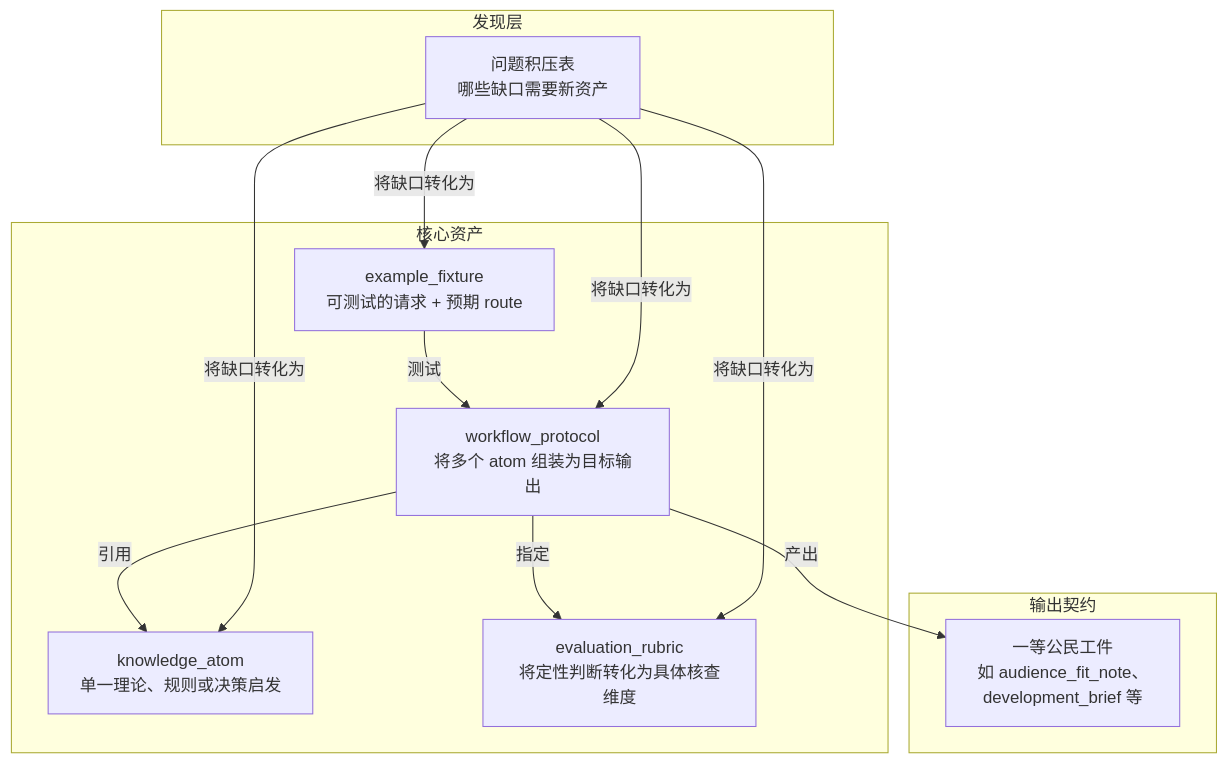
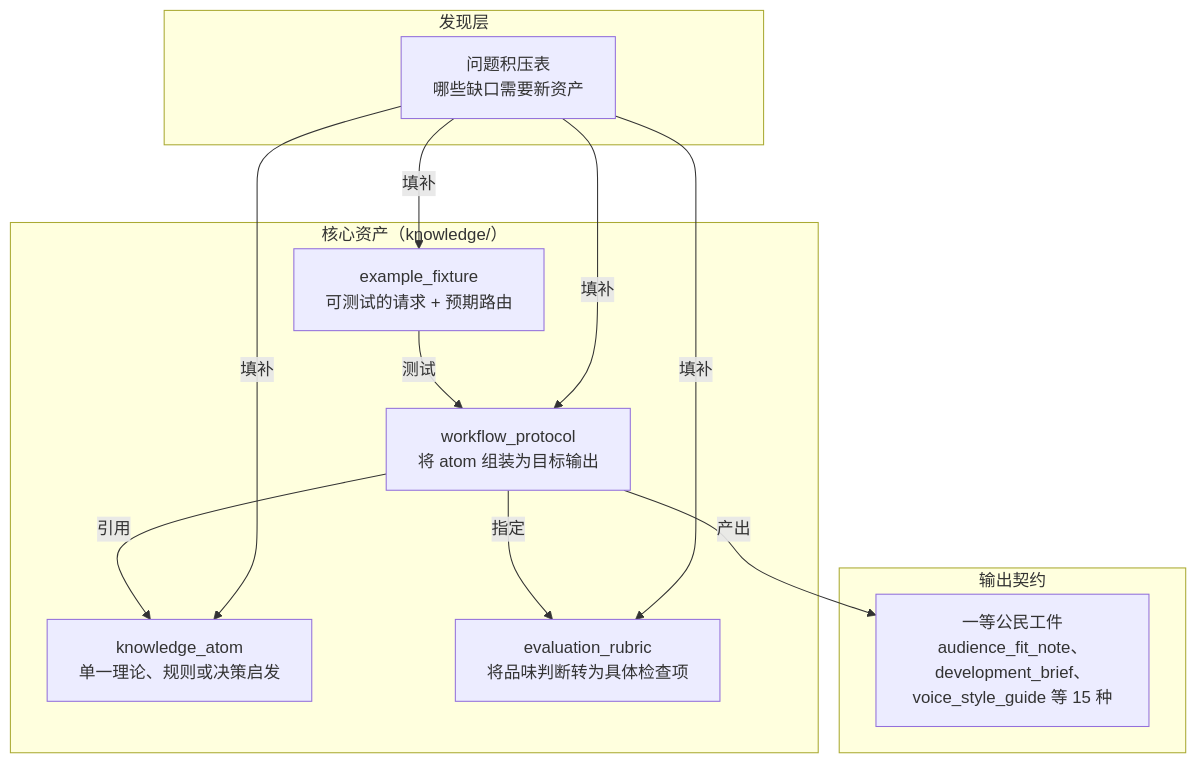
Before and after one commit to XucroYuri/how-to-make-script: the diagram in docs/content-model-zh.md, drawn with Mermaid. The commit also changed other lines of this file and 7 other files, not shown here.

First line of the commit message:
docs: rewrite documentation in natural language with mermaid diagrams

````diff
--- a/docs/content-model-zh.md
+++ b/docs/content-model-zh.md
@@ -7,26 +7,26 @@
 ```mermaid
 graph TD
-    subgraph 核心资产
+    subgraph "核心资产（knowledge/）"
         KA[knowledge_atom<br/>单一理论、规则或决策启发]
-        WP[workflow_protocol<br/>将多个 atom 组装为目标输出]
-        ER[evaluation_rubric<br/>将定性判断转化为具体核查维度]
-        EF[example_fixture<br/>可测试的请求 + 预期 route]
+        WP[workflow_protocol<br/>将 atom 组装为目标输出]
+        ER[evaluation_rubric<br/>将品味判断转为具体检查项]
+        EF[example_fixture<br/>可测试的请求 + 预期路由]
     end
 
-    subgraph 输出契约
-        OC[一等公民工件<br/>如 audience_fit_note、<br/>development_brief 等]
+    subgraph "输出契约"
+        OC[一等公民工件<br/>audience_fit_note、development_brief、<br/>voice_style_guide 等 15 种]
     end
 
-    subgraph 发现层
+    subgraph "发现层"
         QB[问题积压表<br/>哪些缺口需要新资产]
     end
 
     WP -->|引用| KA
     WP -->|指定| ER
     WP -->|产出| OC
     EF -->|测试| WP
-    QB -->|将缺口转化为| KA
-    QB -->|将缺口转化为| WP
-    QB -->|将缺口转化为| ER
-    QB -->|将缺口转化为| EF
+    QB -->|填补| KA
+    QB -->|填补| WP
+    QB -->|填补| ER
+    QB -->|填补| EF
 ```
````
